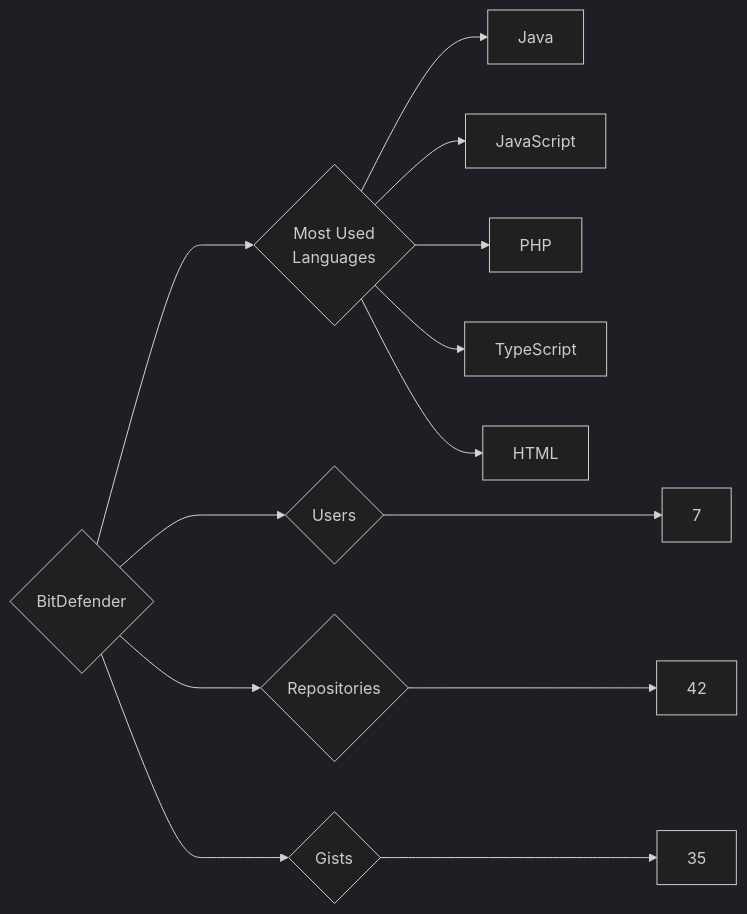
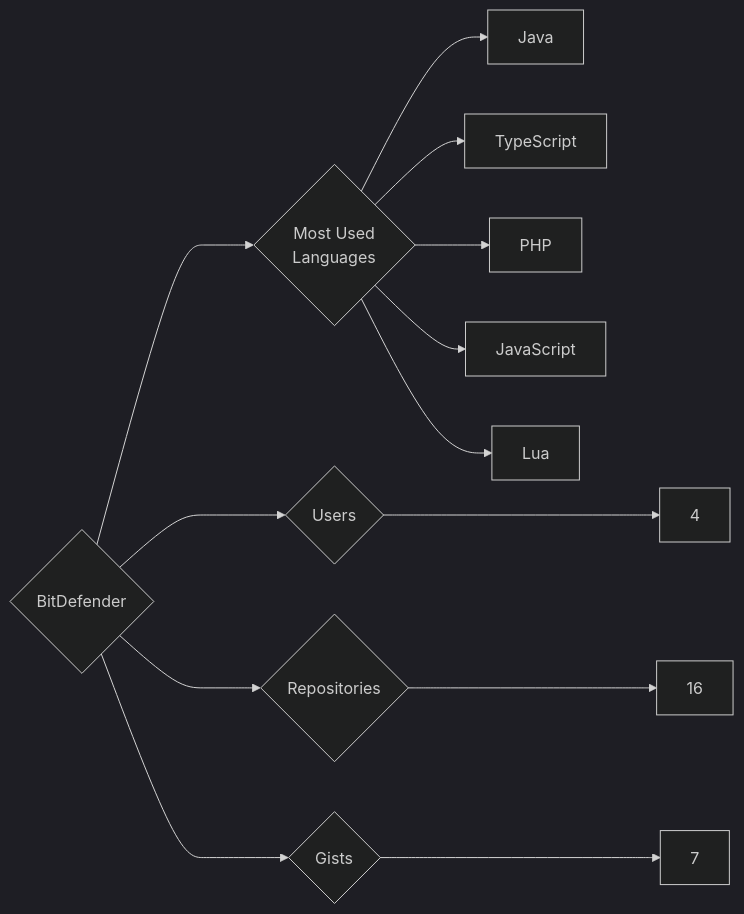
One commit to trickest/insiders changed the diagram in targets/BitDefender/README.md. Above: the diagram before and after it, drawn with Mermaid (dark theme). The commit also changed 681 other files, not shown here.

````diff
--- a/targets/BitDefender/README.md
+++ b/targets/BitDefender/README.md
@@ -3,13 +3,13 @@
 ```mermaid
 graph LR
 COMPANY_NAME{BitDefender}
-COMPANY_NAME ---> U{Users} ---> UN[7]
-COMPANY_NAME ---> R{Repositories} ---> RN[42]
-COMPANY_NAME ---> G{Gists} ---> GN[35]
+COMPANY_NAME ---> U{Users} ---> UN[4]
+COMPANY_NAME ---> R{Repositories} ---> RN[16]
+COMPANY_NAME ---> G{Gists} ---> GN[7]
 COMPANY_NAME ---> ML{Most Used<br>Languages}
 ML --> Java[Java]
+ML --> TypeScript[TypeScript]
+ML --> PHP[PHP]
 ML --> JavaScript[JavaScript]
-ML --> PHP[PHP]
-ML --> TypeScript[TypeScript]
-ML --> HTML[HTML]
+ML --> Lua[Lua]
 ```
````
